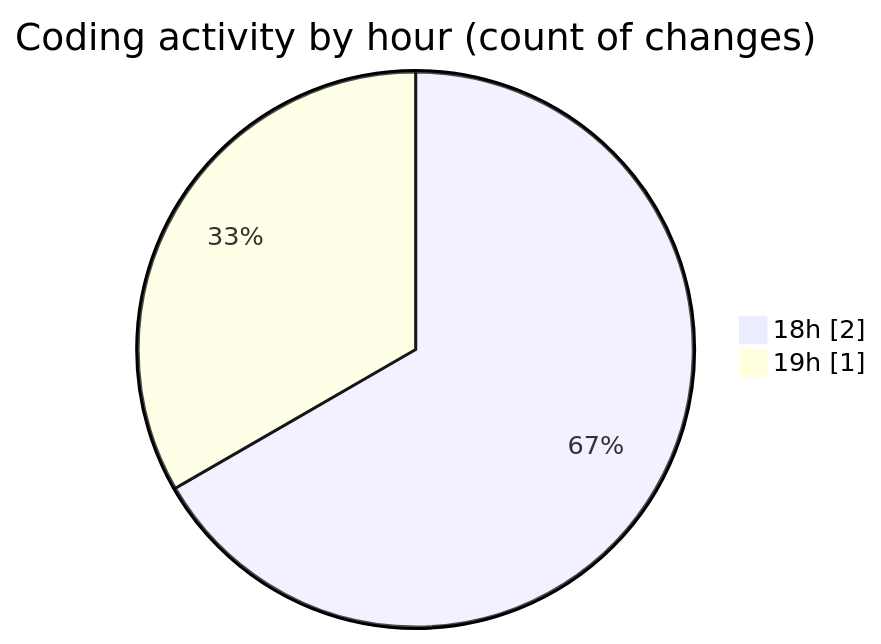
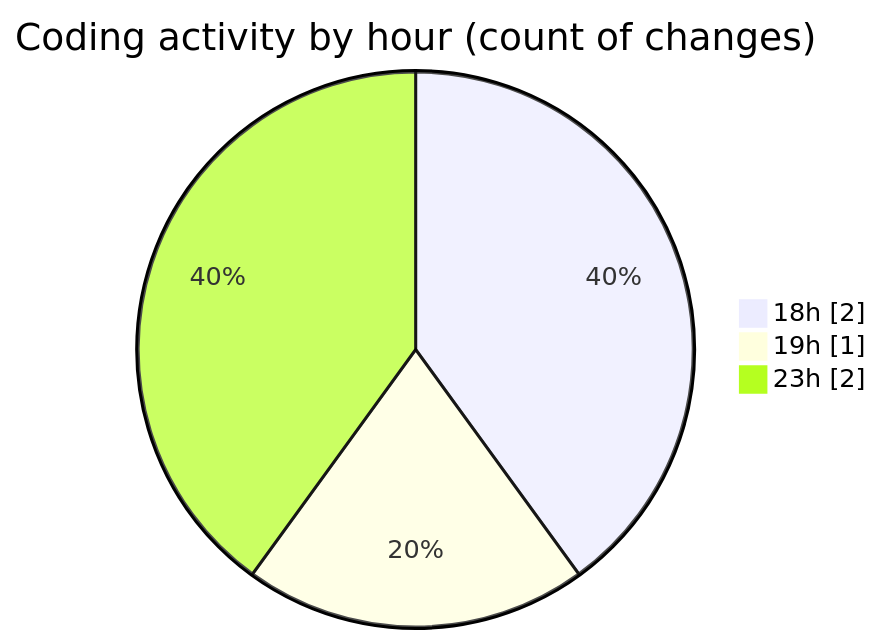
The second of 2 diagrams in 2025-01-23/good-pr/README.md (momahboobian/code-tracking), drawn with Mermaid before and after one commit. The commit also changed other lines of this file and 1 other file, not shown here.

````diff
--- a/2025-01-23/good-pr/README.md
+++ b/2025-01-23/good-pr/README.md
@@ -32,6 +33,7 @@
 ```mermaid
 pie showData
 title Coding activity by hour (count of changes)
 "18h" : 2
 "19h" : 1
+"23h" : 2
 ```
````
